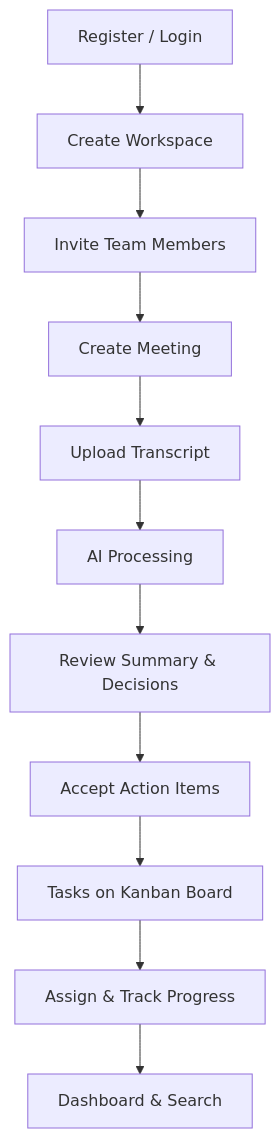
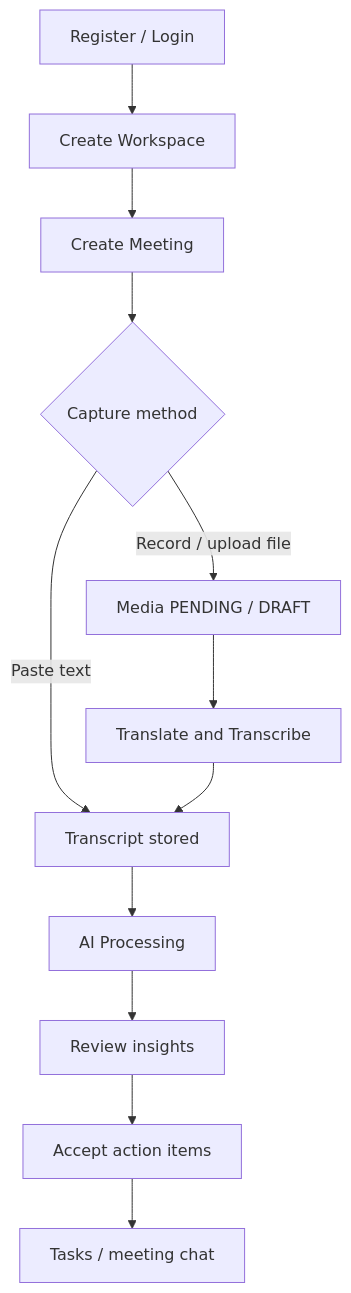
One commit to sumaiyabinterafiq97/AI-Meeting-Notes-Task-Manager changed the diagram in docs/mvp-definition.md. Above: the diagram before and after it, drawn with Mermaid. The commit also changed other lines of this file and 34 other files, not shown here.

Commit message:
docs: Translate & Transcribe flow, chat corpus notes, and trim legacy QA docs

````diff
--- a/docs/mvp-definition.md
+++ b/docs/mvp-definition.md
@@ -162,13 +89,14 @@
 ```mermaid
 flowchart TD
     A[Register / Login] --> B[Create Workspace]
-    B --> C[Invite Team Members]
-    C --> D[Create Meeting]
-    D --> E[Upload Transcript]
-    E --> F[AI Processing]
-    F --> G[Review Summary & Decisions]
-    G --> H[Accept Action Items]
-    H --> I[Tasks on Kanban Board]
-    I --> J[Assign & Track Progress]
-    J --> K[Dashboard & Search]
+    B --> C[Create Meeting]
+    C --> D{Capture method}
+    D -->|Paste text| E[Transcript stored]
+    D -->|Record / upload file| F[Media PENDING / DRAFT]
+    F --> G[Translate and Transcribe]
+    G --> E
+    E --> H[AI Processing]
+    H --> I[Review insights]
+    I --> J[Accept action items]
+    J --> K[Tasks / meeting chat]
 ```
````
